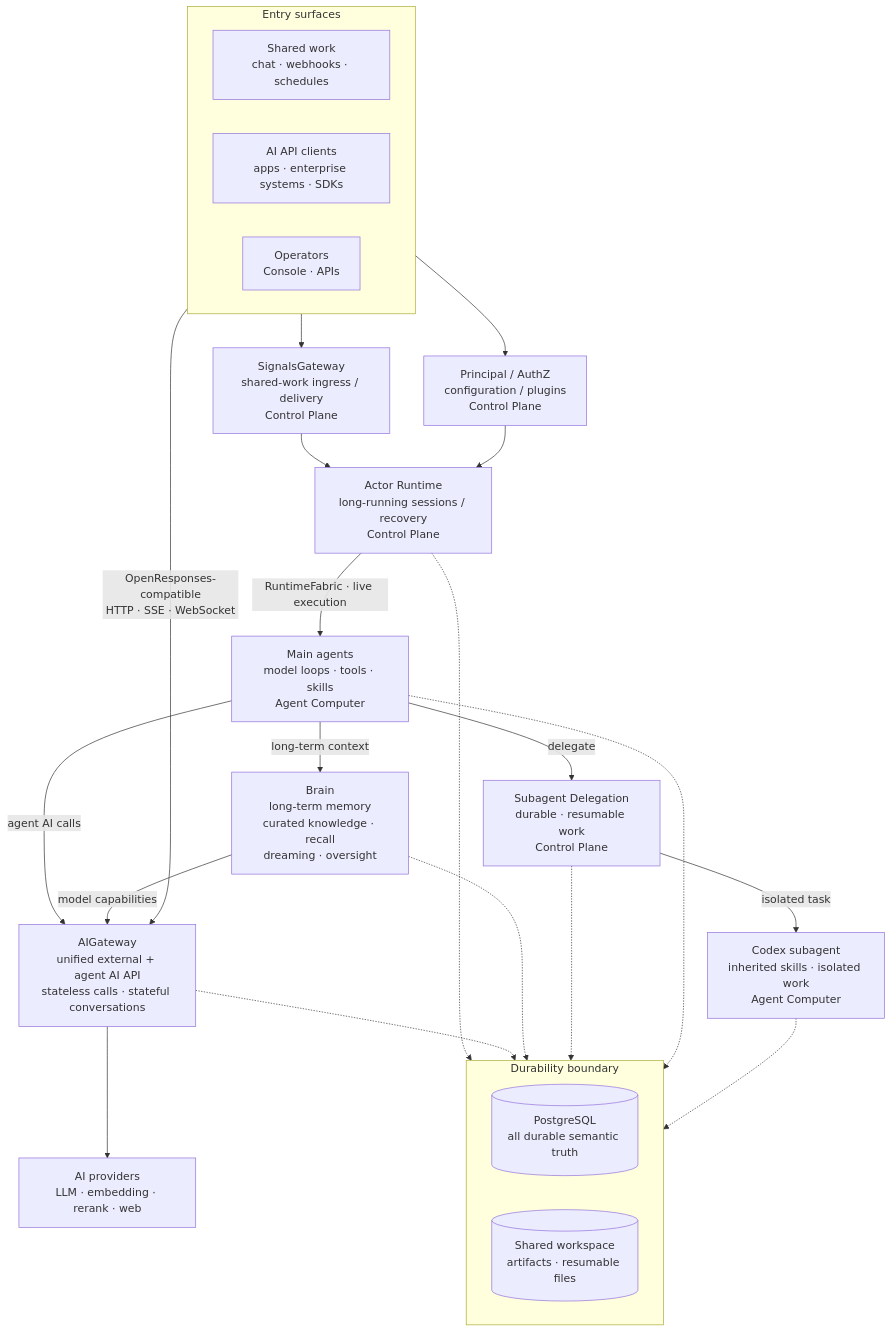
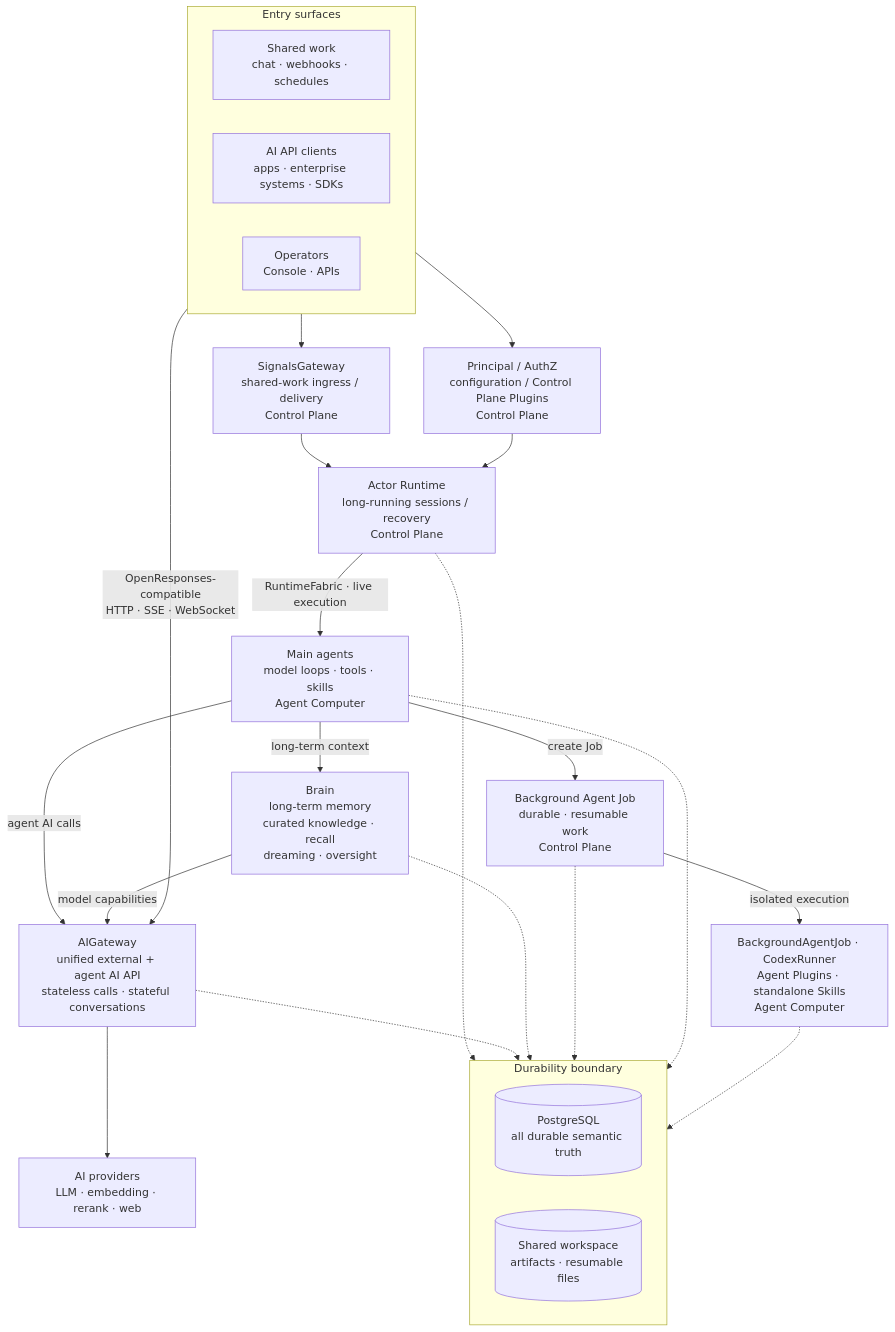
Before and after one commit to AgentBull/ankole: the diagram in README.md, drawn with Mermaid. The commit also changed other lines of this file and 1369 other files, not shown here.

````diff
--- a/README.md
+++ b/README.md
@@ -66,43 +66,43 @@
 ```mermaid
 flowchart TB
   subgraph Entry["Entry surfaces"]
     direction LR
     Work["Shared work<br/>chat · webhooks · schedules"]
     Clients["AI API clients<br/>apps · enterprise systems · SDKs"]
     Ops["Operators<br/>Console · APIs"]
   end
 
   SG["SignalsGateway<br/>shared-work ingress / delivery<br/>Control Plane"]
-  Platform["Principal / AuthZ<br/>configuration / plugins<br/>Control Plane"]
+  Platform["Principal / AuthZ<br/>configuration / Control Plane Plugins<br/>Control Plane"]
   Runtime["Actor Runtime<br/>long-running sessions / recovery<br/>Control Plane"]
   Main["Main agents<br/>model loops · tools · skills<br/>Agent Computer"]
   Brain["Brain<br/>long-term memory<br/>curated knowledge · recall<br/>dreaming · oversight"]
-  Delegate["Subagent Delegation<br/>durable · resumable work<br/>Control Plane"]
+  Delegate["Background Agent Job<br/>durable · resumable work<br/>Control Plane"]
   AI["AIGateway<br/>unified external + agent AI API<br/>stateless calls · stateful conversations"]
-  Task["Codex subagent<br/>inherited skills · isolated work<br/>Agent Computer"]
+  Task["BackgroundAgentJob · CodexRunner<br/>Agent Plugins · standalone Skills<br/>Agent Computer"]
   Providers["AI providers<br/>LLM · embedding · rerank · web"]
 
   subgraph Storage["Durability boundary"]
     direction LR
     PG[("PostgreSQL<br/>all durable semantic truth")]
     Workspace[("Shared workspace<br/>artifacts · resumable files")]
   end
 
   Work --> SG --> Runtime
   Ops --> Platform --> Runtime
   Runtime -->|"RuntimeFabric · live execution"| Main
   Clients -->|"OpenResponses-compatible<br/>HTTP · SSE · WebSocket"| AI
   Main -->|"agent AI calls"| AI
   Main -->|"long-term context"| Brain
   Brain -->|"model capabilities"| AI
-  Main -->|"delegate"| Delegate
-  Delegate -->|"isolated task"| Task
+  Main -->|"create Job"| Delegate
+  Delegate -->|"isolated execution"| Task
   AI --> Providers
 
   Runtime -.-> PG
   AI -.-> PG
   Brain -.-> PG
   Delegate -.-> PG
   Main -.-> Workspace
   Task -.-> Workspace
 ```
````
